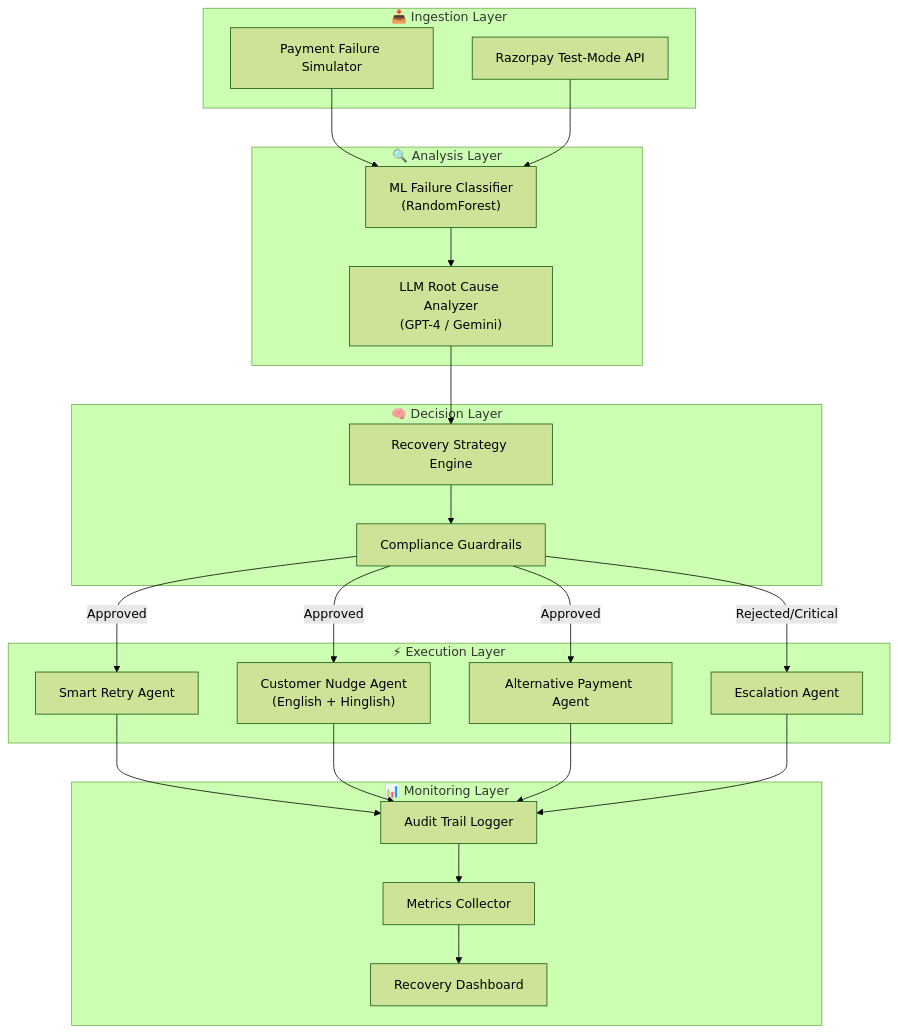
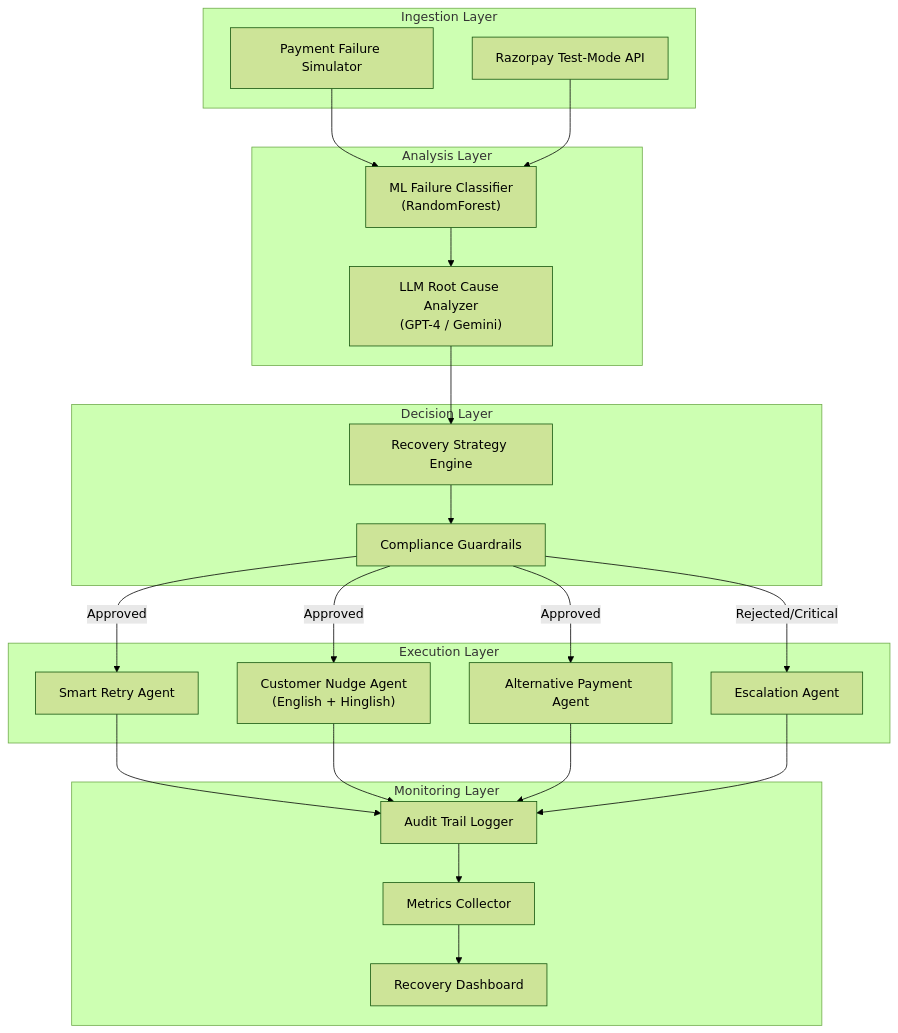
The first of 2 diagrams in ARCHITECTURE.md (RajBarot3826/razorpay-recoverai), drawn with Mermaid (forest theme) before and after one commit. The commit also changed 1 other file, not shown here.

Commit message:
docs: standardize technical documentation styling and remove emoji markers

````diff
--- a/ARCHITECTURE.md
+++ b/ARCHITECTURE.md
@@ -17,46 +17,46 @@
 ```mermaid
 flowchart TB
-    subgraph Ingestion["📥 Ingestion Layer"]
+    subgraph Ingestion["Ingestion Layer"]
         SIM["Payment Failure Simulator"]
         RZP["Razorpay Test-Mode API"]
     end
 
-    subgraph Analysis["🔍 Analysis Layer"]
+    subgraph Analysis["Analysis Layer"]
         CLS["ML Failure Classifier<br/>(RandomForest)"]
         RCA["LLM Root Cause Analyzer<br/>(GPT-4 / Gemini)"]
     end
 
-    subgraph Decision["🧠 Decision Layer"]
+    subgraph Decision["Decision Layer"]
         SE["Recovery Strategy Engine"]
         CG["Compliance Guardrails"]
     end
 
-    subgraph Execution["⚡ Execution Layer"]
+    subgraph Execution["Execution Layer"]
         RA["Smart Retry Agent"]
         NA["Customer Nudge Agent<br/>(English + Hinglish)"]
         AA["Alternative Payment Agent"]
         EA["Escalation Agent"]
     end
 
-    subgraph Monitoring["📊 Monitoring Layer"]
+    subgraph Monitoring["Monitoring Layer"]
         AL["Audit Trail Logger"]
         MC["Metrics Collector"]
         DB["Recovery Dashboard"]
     end
 
     SIM --> CLS
     RZP --> CLS
     CLS --> RCA
     RCA --> SE
     SE --> CG
     CG -->|Approved| RA
     CG -->|Approved| NA
     CG -->|Approved| AA
     CG -->|Rejected/Critical| EA
     RA --> AL
     NA --> AL
     AA --> AL
     EA --> AL
     AL --> MC
     MC --> DB
 ```
````
